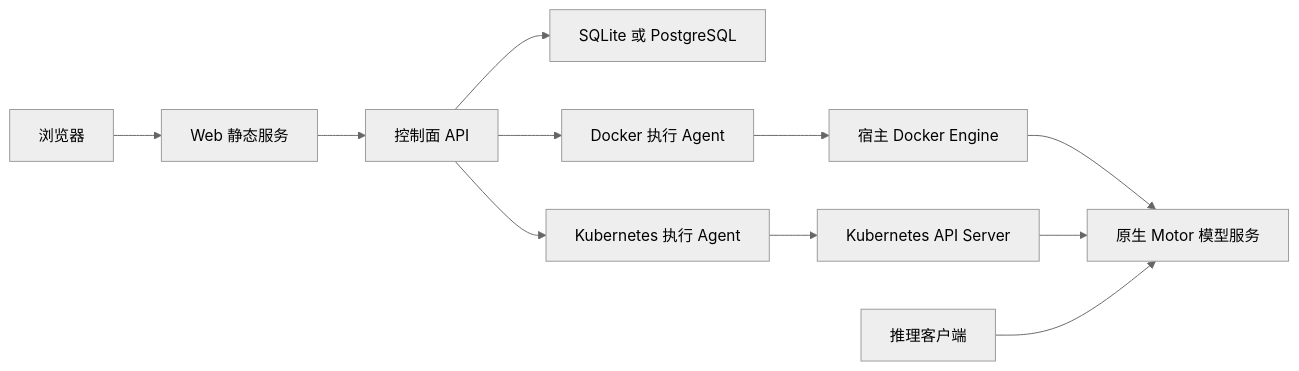
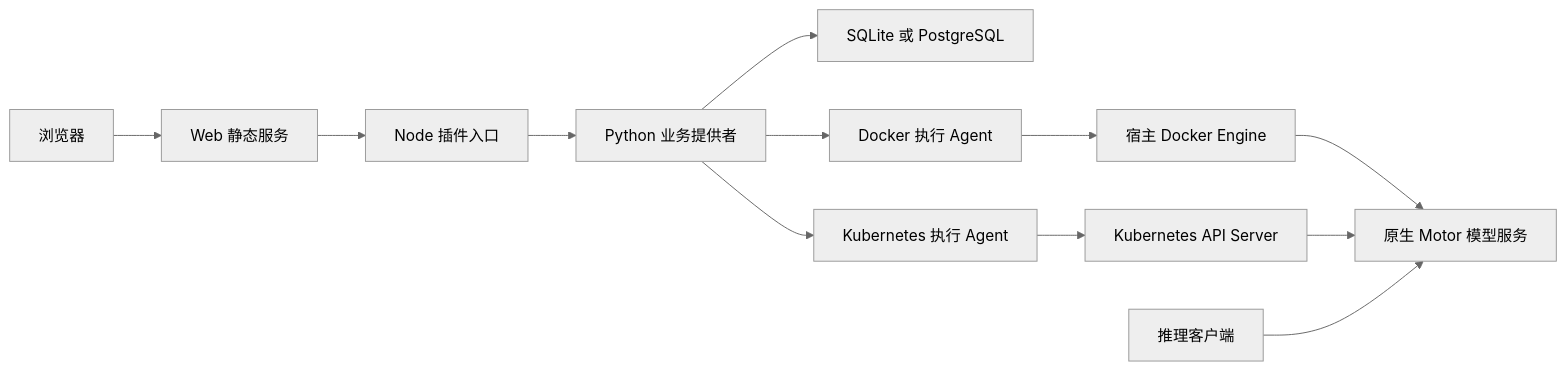
Before and after one commit to ZhengDeL/MindIE-Motor-Console: the diagram in README.md, drawn with Mermaid (neutral theme). The commit also changed other lines of this file and 167 other files, not shown here.

````diff
--- a/README.md
+++ b/README.md
@@ -53,13 +55,14 @@
 ```mermaid
 flowchart LR
   Browser[浏览器] --> Web[Web 静态服务]
-  Web --> API[控制面 API]
+  Web --> Host[Node 插件入口]
+  Host --> API[Python 业务提供者]
   API --> Storage[SQLite 或 PostgreSQL]
   API --> DA[Docker 执行 Agent]
   API --> KA[Kubernetes 执行 Agent]
   DA --> Docker[宿主 Docker Engine]
   KA --> KAPI[Kubernetes API Server]
   Docker --> Motor[原生 Motor 模型服务]
   KAPI --> Motor
   Client[推理客户端] --> Motor
 ```
````
